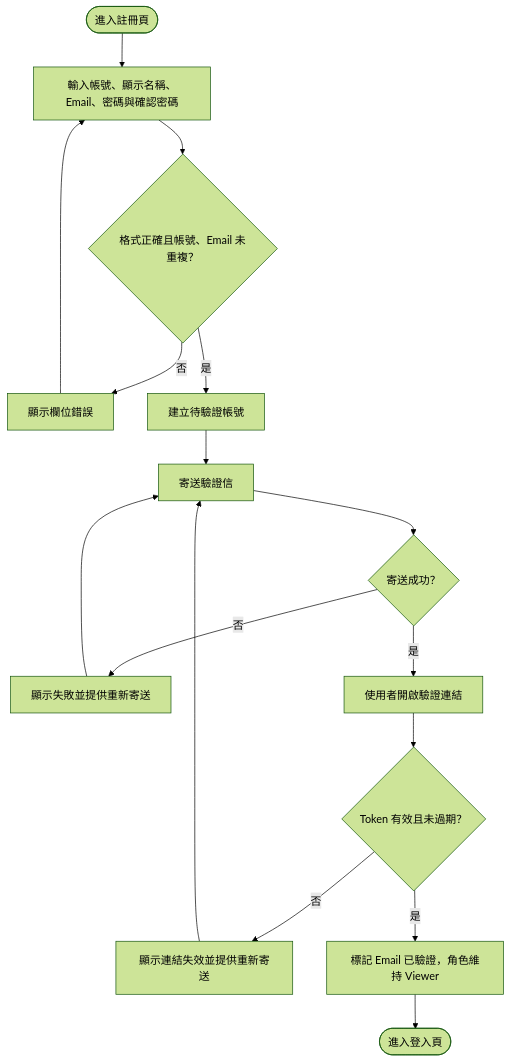
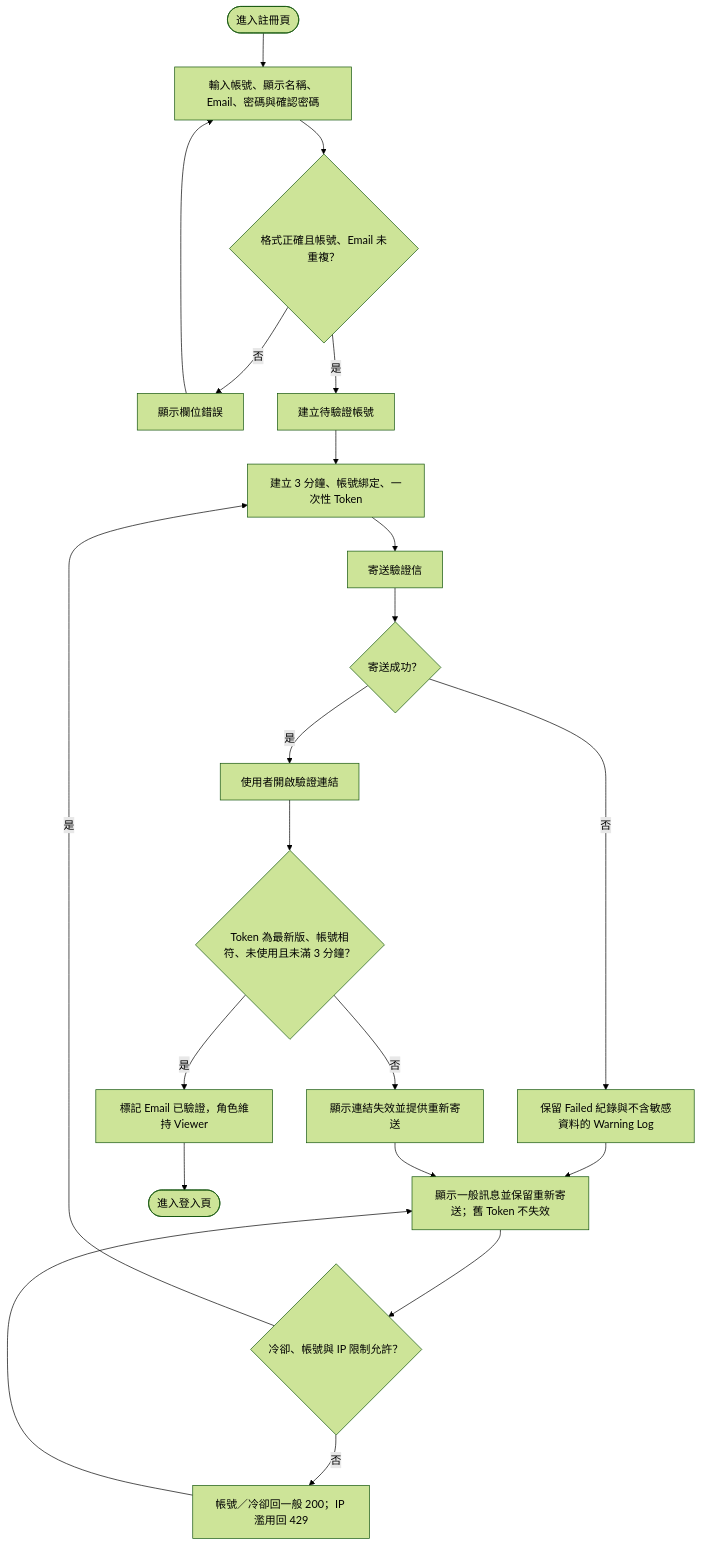
The first of 2 diagrams in Flowchart/註冊、Email 驗證與登入.md (JJDing-Louis/ProjectManagementWeb_Spec), drawn with Mermaid (forest theme) before and after one commit. The commit also changed other lines of this file and 13 other files, not shown here.

````diff
--- a/Flowchart/註冊、Email 驗證與登入.md
+++ b/Flowchart/註冊、Email 驗證與登入.md
@@ -5,18 +5,23 @@
 ```mermaid
 flowchart TB
     registrationStart([進入註冊頁]) --> enterRegistration[輸入帳號、顯示名稱、Email、密碼與確認密碼]
     enterRegistration --> registrationValid{格式正確且帳號、Email 未重複？}
     registrationValid -->|否| showRegistrationError[顯示欄位錯誤]
     showRegistrationError --> enterRegistration
     registrationValid -->|是| createPendingAccount[建立待驗證帳號]
-    createPendingAccount --> sendVerification[寄送驗證信]
+    createPendingAccount --> issueVerification[建立 3 分鐘、帳號綁定、一次性 Token]
+    issueVerification --> sendVerification[寄送驗證信]
     sendVerification --> emailSent{寄送成功？}
-    emailSent -->|否| showResend[顯示失敗並提供重新寄送]
-    showResend --> sendVerification
+    emailSent -->|否| logFailure[保留 Failed 紀錄與不含敏感資料的 Warning Log]
+    logFailure --> showResend[顯示一般訊息並保留重新寄送；舊 Token 不失效]
+    showResend --> resendAllowed{冷卻、帳號與 IP 限制允許？}
+    resendAllowed -->|否| showGeneric[帳號／冷卻回一般 200；IP 濫用回 429]
+    showGeneric --> showResend
+    resendAllowed -->|是| issueVerification
     emailSent -->|是| openVerification[使用者開啟驗證連結]
-    openVerification --> tokenValid{Token 有效且未過期？}
+    openVerification --> tokenValid{Token 為最新版、帳號相符、未使用且未滿 3 分鐘？}
     tokenValid -->|否| showExpired[顯示連結失效並提供重新寄送]
-    showExpired --> sendVerification
+    showExpired --> showResend
     tokenValid -->|是| activateAccount[標記 Email 已驗證，角色維持 Viewer]
     activateAccount --> registrationFinished([進入登入頁])
 ```
````
